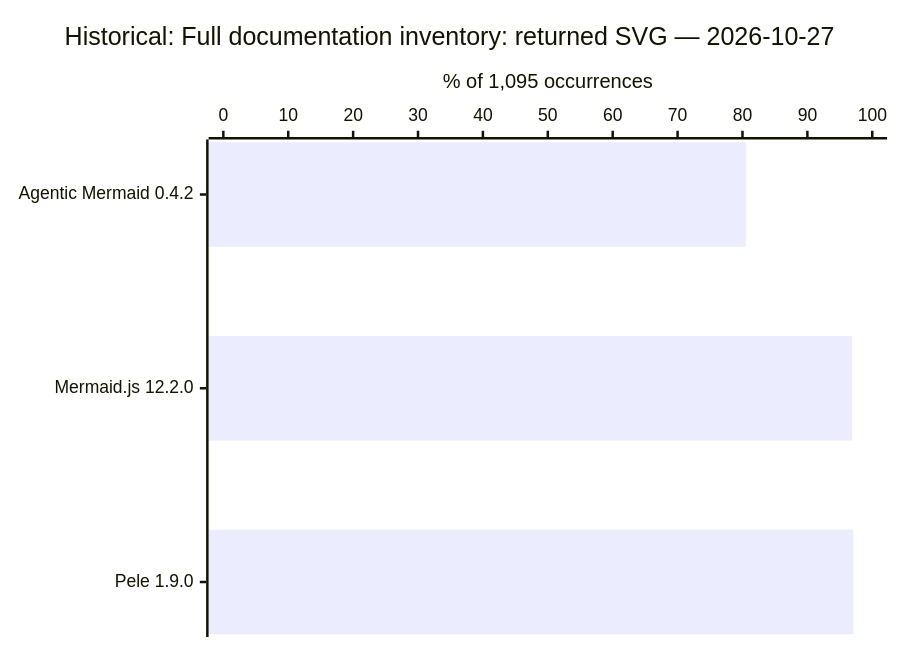
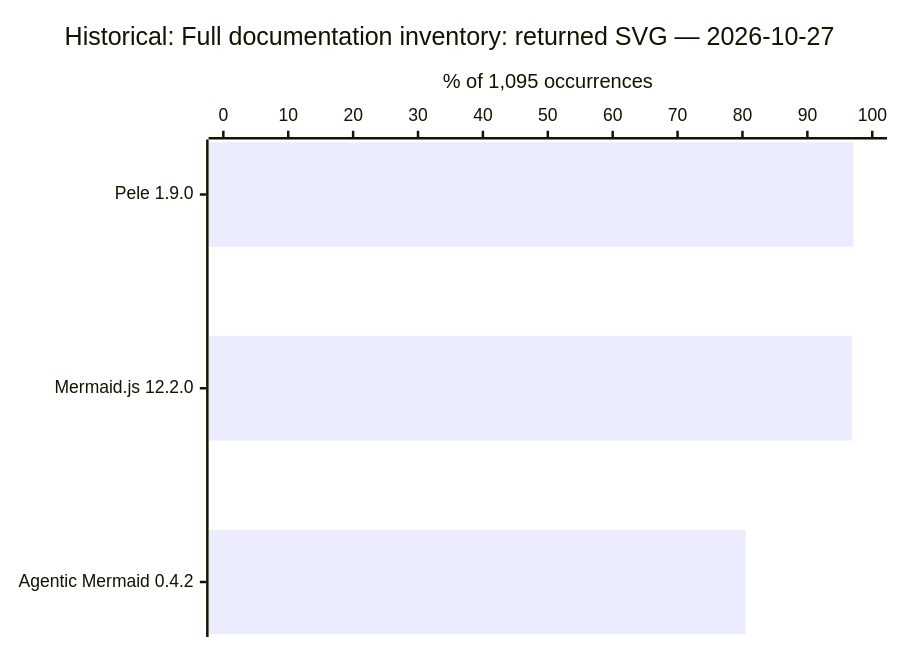
Before and after one commit to adewale/trident: the second of 4 diagrams in RESULTS.md, drawn with Mermaid. The commit also changed other lines of this file and 7 other files, not shown here.

````diff
--- a/RESULTS.md
+++ b/RESULTS.md
@@ -153,7 +155,7 @@
 ```mermaid
 xychart-beta horizontal
     title "Historical: Full documentation inventory: returned SVG — 2026-10-27"
-    x-axis ["Agentic Mermaid 0.4.2", "Mermaid.js 12.2.0", "Pele 1.9.0"]
+    x-axis ["Pele 1.9.0", "Mermaid.js 12.2.0", "Agentic Mermaid 0.4.2"]
     y-axis "% of 1,095 occurrences" 0 --> 100
-    bar [80.5, 96.9, 97.1]
+    bar [97.1, 96.9, 80.5]
 ```
````
